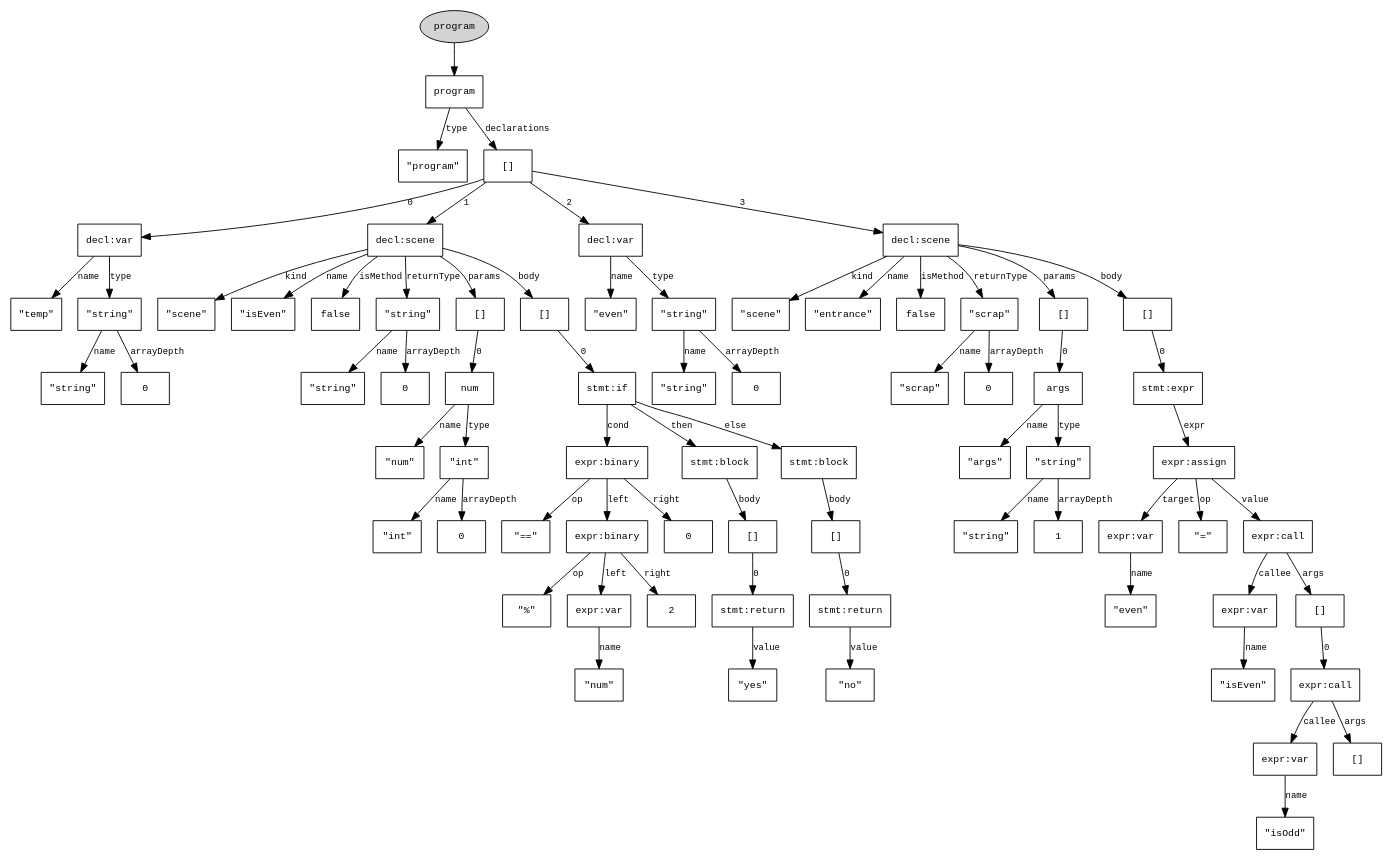
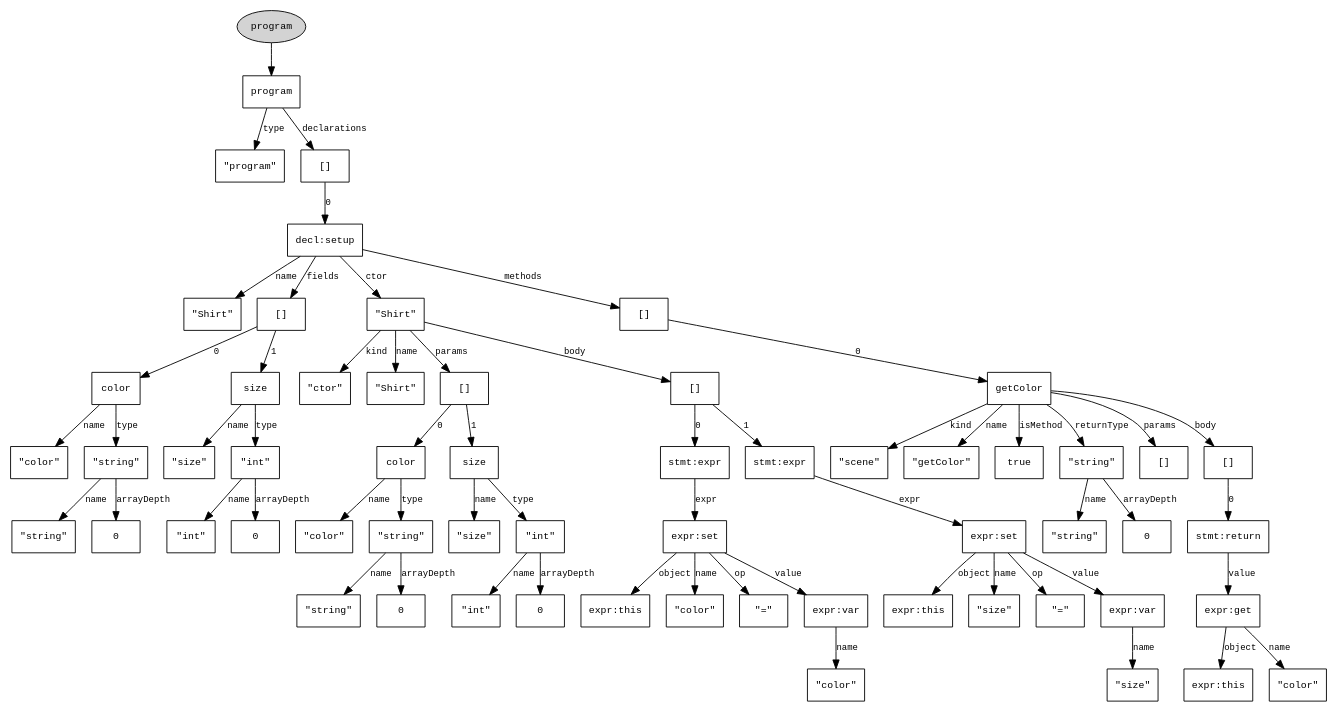
Before and after one commit to LazarBojanic/absolutecinema: the diagram in ast.dot, drawn with Graphviz. The commit also changed 9 other files, not shown here.

```diff
--- a/ast.dot
+++ b/ast.dot
@@ -1,148 +1,124 @@
 digraph AST {
   node [shape=box, fontname=Courier, fontsize=11];
   edge [fontname=Courier, fontsize=10];
   rankdir=TB;
   n0 [label="program"];
   n1 [label="\"program\""];
   n0 -> n1 [label="type"];
   n2 [label="[]"];
-  n3 [label="decl:var"];
-  n4 [label="\"temp\""];
+  n3 [label="decl:setup"];
+  n4 [label="\"Shirt\""];
   n3 -> n4 [label="name"];
-  n5 [label="\"string\""];
-  n6 [label="\"string\""];
-  n5 -> n6 [label="name"];
-  n7 [label="0"];
-  n5 -> n7 [label="arrayDepth"];
-  n3 -> n5 [label="type"];
+  n5 [label="[]"];
+  n6 [label="color"];
+  n7 [label="\"color\""];
+  n6 -> n7 [label="name"];
+  n8 [label="\"string\""];
+  n9 [label="\"string\""];
+  n8 -> n9 [label="name"];
+  n10 [label="0"];
+  n8 -> n10 [label="arrayDepth"];
+  n6 -> n8 [label="type"];
+  n5 -> n6 [label="0"];
+  n11 [label="size"];
+  n12 [label="\"size\""];
+  n11 -> n12 [label="name"];
+  n13 [label="\"int\""];
+  n14 [label="\"int\""];
+  n13 -> n14 [label="name"];
+  n15 [label="0"];
+  n13 -> n15 [label="arrayDepth"];
+  n11 -> n13 [label="type"];
+  n5 -> n11 [label="1"];
+  n3 -> n5 [label="fields"];
+  n16 [label="\"Shirt\""];
+  n17 [label="\"ctor\""];
+  n16 -> n17 [label="kind"];
+  n18 [label="\"Shirt\""];
+  n16 -> n18 [label="name"];
+  n19 [label="[]"];
+  n20 [label="color"];
+  n21 [label="\"color\""];
+  n20 -> n21 [label="name"];
+  n22 [label="\"string\""];
+  n23 [label="\"string\""];
+  n22 -> n23 [label="name"];
+  n24 [label="0"];
+  n22 -> n24 [label="arrayDepth"];
+  n20 -> n22 [label="type"];
+  n19 -> n20 [label="0"];
+  n25 [label="size"];
+  n26 [label="\"size\""];
+  n25 -> n26 [label="name"];
+  n27 [label="\"int\""];
+  n28 [label="\"int\""];
+  n27 -> n28 [label="name"];
+  n29 [label="0"];
+  n27 -> n29 [label="arrayDepth"];
+  n25 -> n27 [label="type"];
+  n19 -> n25 [label="1"];
+  n16 -> n19 [label="params"];
+  n30 [label="[]"];
+  n31 [label="stmt:expr"];
+  n32 [label="expr:set"];
+  n33 [label="expr:this"];
+  n32 -> n33 [label="object"];
+  n34 [label="\"color\""];
+  n32 -> n34 [label="name"];
+  n35 [label="\"=\""];
+  n32 -> n35 [label="op"];
+  n36 [label="expr:var"];
+  n37 [label="\"color\""];
+  n36 -> n37 [label="name"];
+  n32 -> n36 [label="value"];
+  n31 -> n32 [label="expr"];
+  n30 -> n31 [label="0"];
+  n38 [label="stmt:expr"];
+  n39 [label="expr:set"];
+  n40 [label="expr:this"];
+  n39 -> n40 [label="object"];
+  n41 [label="\"size\""];
+  n39 -> n41 [label="name"];
+  n42 [label="\"=\""];
+  n39 -> n42 [label="op"];
+  n43 [label="expr:var"];
+  n44 [label="\"size\""];
+  n43 -> n44 [label="name"];
+  n39 -> n43 [label="value"];
+  n38 -> n39 [label="expr"];
+  n30 -> n38 [label="1"];
+  n16 -> n30 [label="body"];
+  n3 -> n16 [label="ctor"];
+  n45 [label="[]"];
+  n46 [label="getColor"];
+  n47 [label="\"scene\""];
+  n46 -> n47 [label="kind"];
+  n48 [label="\"getColor\""];
+  n46 -> n48 [label="name"];
+  n49 [label="true"];
+  n46 -> n49 [label="isMethod"];
+  n50 [label="\"string\""];
+  n51 [label="\"string\""];
+  n50 -> n51 [label="name"];
+  n52 [label="0"];
+  n50 -> n52 [label="arrayDepth"];
+  n46 -> n50 [label="returnType"];
+  n53 [label="[]"];
+  n46 -> n53 [label="params"];
+  n54 [label="[]"];
+  n55 [label="stmt:return"];
+  n56 [label="expr:get"];
+  n57 [label="expr:this"];
+  n56 -> n57 [label="object"];
+  n58 [label="\"color\""];
+  n56 -> n58 [label="name"];
+  n55 -> n56 [label="value"];
+  n54 -> n55 [label="0"];
+  n46 -> n54 [label="body"];
+  n45 -> n46 [label="0"];
+  n3 -> n45 [label="methods"];
   n2 -> n3 [label="0"];
-  n8 [label="decl:scene"];
-  n9 [label="\"scene\""];
-  n8 -> n9 [label="kind"];
-  n10 [label="\"isEven\""];
-  n8 -> n10 [label="name"];
-  n11 [label="false"];
-  n8 -> n11 [label="isMethod"];
-  n12 [label="\"string\""];
-  n13 [label="\"string\""];
-  n12 -> n13 [label="name"];
-  n14 [label="0"];
-  n12 -> n14 [label="arrayDepth"];
-  n8 -> n12 [label="returnType"];
-  n15 [label="[]"];
-  n16 [label="num"];
-  n17 [label="\"num\""];
-  n16 -> n17 [label="name"];
-  n18 [label="\"int\""];
-  n19 [label="\"int\""];
-  n18 -> n19 [label="name"];
-  n20 [label="0"];
-  n18 -> n20 [label="arrayDepth"];
-  n16 -> n18 [label="type"];
-  n15 -> n16 [label="0"];
-  n8 -> n15 [label="params"];
-  n21 [label="[]"];
-  n22 [label="stmt:if"];
-  n23 [label="expr:binary"];
-  n24 [label="\"==\""];
-  n23 -> n24 [label="op"];
-  n25 [label="expr:binary"];
-  n26 [label="\"%\""];
-  n25 -> n26 [label="op"];
-  n27 [label="expr:var"];
-  n28 [label="\"num\""];
-  n27 -> n28 [label="name"];
-  n25 -> n27 [label="left"];
-  n29 [label="2"];
-  n25 -> n29 [label="right"];
-  n23 -> n25 [label="left"];
-  n30 [label="0"];
-  n23 -> n30 [label="right"];
-  n22 -> n23 [label="cond"];
-  n31 [label="stmt:block"];
-  n32 [label="[]"];
-  n33 [label="stmt:return"];
-  n34 [label="\"yes\""];
-  n33 -> n34 [label="value"];
-  n32 -> n33 [label="0"];
-  n31 -> n32 [label="body"];
-  n22 -> n31 [label="then"];
-  n35 [label="stmt:block"];
-  n36 [label="[]"];
-  n37 [label="stmt:return"];
-  n38 [label="\"no\""];
-  n37 -> n38 [label="value"];
-  n36 -> n37 [label="0"];
-  n35 -> n36 [label="body"];
-  n22 -> n35 [label="else"];
-  n21 -> n22 [label="0"];
-  n8 -> n21 [label="body"];
-  n2 -> n8 [label="1"];
-  n39 [label="decl:var"];
-  n40 [label="\"even\""];
-  n39 -> n40 [label="name"];
-  n41 [label="\"string\""];
-  n42 [label="\"string\""];
-  n41 -> n42 [label="name"];
-  n43 [label="0"];
-  n41 -> n43 [label="arrayDepth"];
-  n39 -> n41 [label="type"];
-  n2 -> n39 [label="2"];
-  n44 [label="decl:scene"];
-  n45 [label="\"scene\""];
-  n44 -> n45 [label="kind"];
-  n46 [label="\"entrance\""];
-  n44 -> n46 [label="name"];
-  n47 [label="false"];
-  n44 -> n47 [label="isMethod"];
-  n48 [label="\"scrap\""];
-  n49 [label="\"scrap\""];
-  n48 -> n49 [label="name"];
-  n50 [label="0"];
-  n48 -> n50 [label="arrayDepth"];
-  n44 -> n48 [label="returnType"];
-  n51 [label="[]"];
-  n52 [label="args"];
-  n53 [label="\"args\""];
-  n52 -> n53 [label="name"];
-  n54 [label="\"string\""];
-  n55 [label="\"string\""];
-  n54 -> n55 [label="name"];
-  n56 [label="1"];
-  n54 -> n56 [label="arrayDepth"];
-  n52 -> n54 [label="type"];
-  n51 -> n52 [label="0"];
-  n44 -> n51 [label="params"];
-  n57 [label="[]"];
-  n58 [label="stmt:expr"];
-  n59 [label="expr:assign"];
-  n60 [label="expr:var"];
-  n61 [label="\"even\""];
-  n60 -> n61 [label="name"];
-  n59 -> n60 [label="target"];
-  n62 [label="\"=\""];
-  n59 -> n62 [label="op"];
-  n63 [label="expr:call"];
-  n64 [label="expr:var"];
-  n65 [label="\"isEven\""];
-  n64 -> n65 [label="name"];
-  n63 -> n64 [label="callee"];
-  n66 [label="[]"];
-  n67 [label="expr:call"];
-  n68 [label="expr:var"];
-  n69 [label="\"isOdd\""];
-  n68 -> n69 [label="name"];
-  n67 -> n68 [label="callee"];
-  n70 [label="[]"];
-  n67 -> n70 [label="args"];
-  n66 -> n67 [label="0"];
-  n63 -> n66 [label="args"];
-  n59 -> n63 [label="value"];
-  n58 -> n59 [label="expr"];
-  n57 -> n58 [label="0"];
-  n44 -> n57 [label="body"];
-  n2 -> n44 [label="3"];
   n0 -> n2 [label="declarations"];
   root [label="program", shape=oval, style=filled, fillcolor=lightgray];
   root -> n0;
 }
```
